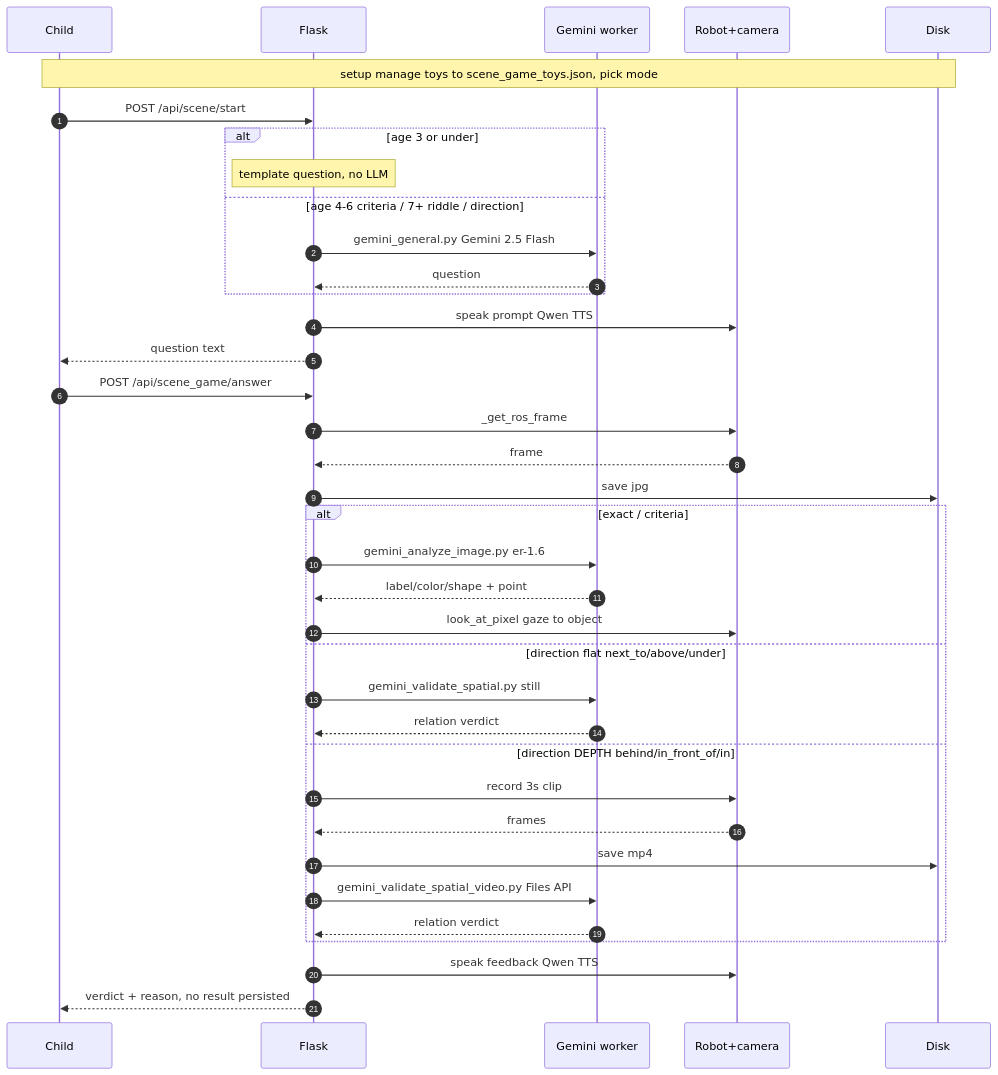
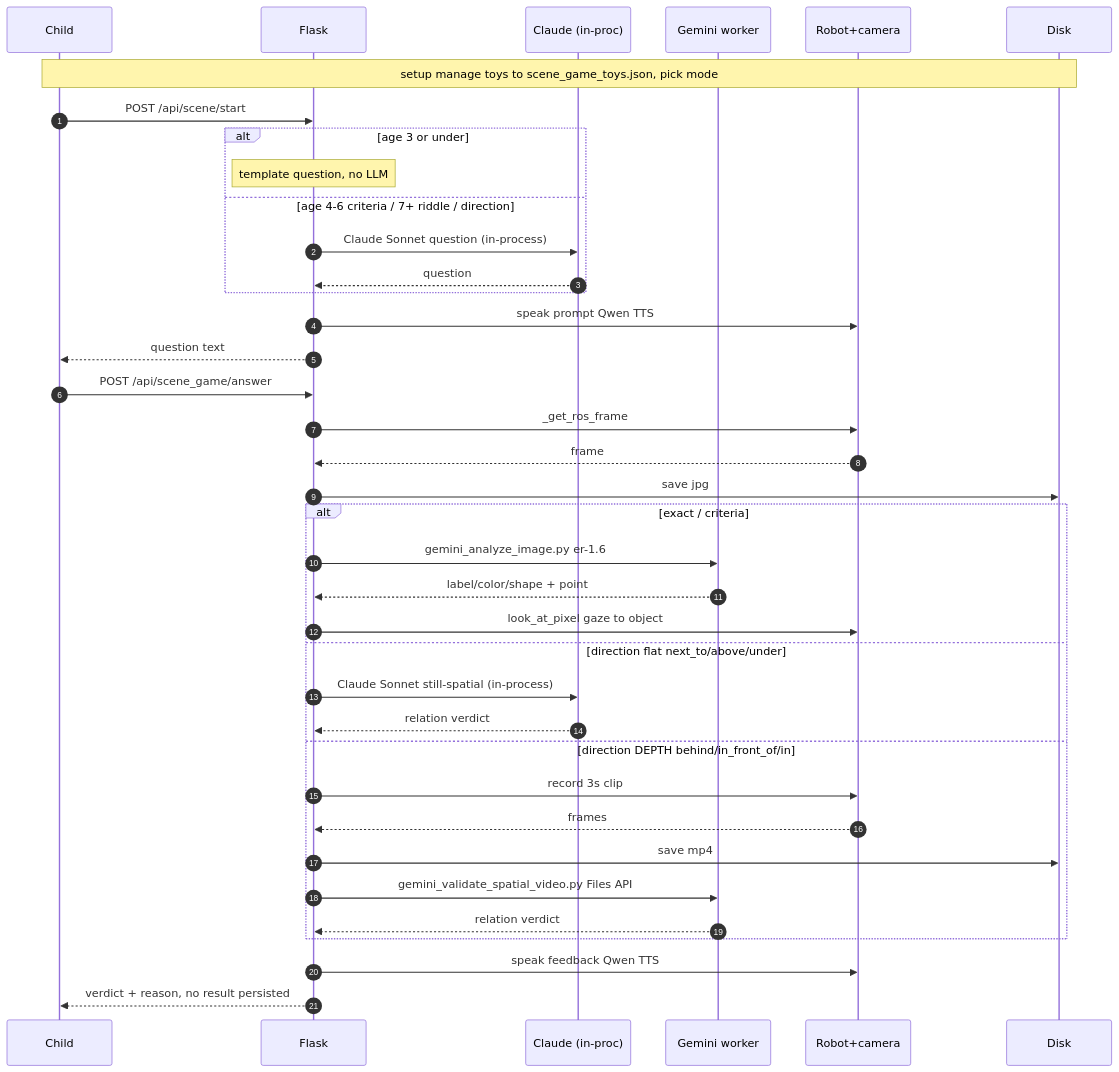
Before and after one commit to soominimini/LLM_integrated_robot_dashboard: the third of 5 diagrams in ARCHITECTURE.md, drawn with Mermaid. The commit also changed other lines of this file and 11 other files, not shown here.

````diff
--- a/ARCHITECTURE.md
+++ b/ARCHITECTURE.md
@@ -643,39 +728,40 @@
 ```mermaid
 sequenceDiagram
     autonumber
     participant C as Child
     participant F as Flask
+    participant CL as Claude (in-proc)
     participant G as Gemini worker
     participant R as Robot+camera
     participant D as Disk
     Note over C,D: setup manage toys to scene_game_toys.json, pick mode
     C->>F: POST /api/scene/start
     alt age 3 or under
         Note over F: template question, no LLM
     else age 4-6 criteria / 7+ riddle / direction
-        F->>G: gemini_general.py Gemini 2.5 Flash
-        G-->>F: question
+        F->>CL: Claude Sonnet question (in-process)
+        CL-->>F: question
     end
     F->>R: speak prompt Qwen TTS
     F-->>C: question text
     C->>F: POST /api/scene_game/answer
     F->>R: _get_ros_frame
     R-->>F: frame
     F->>D: save jpg
     alt exact / criteria
         F->>G: gemini_analyze_image.py er-1.6
         G-->>F: label/color/shape + point
         F->>R: look_at_pixel gaze to object
     else direction flat next_to/above/under
-        F->>G: gemini_validate_spatial.py still
-        G-->>F: relation verdict
+        F->>CL: Claude Sonnet still-spatial (in-process)
+        CL-->>F: relation verdict
     else direction DEPTH behind/in_front_of/in
         F->>R: record 3s clip
         R-->>F: frames
         F->>D: save mp4
         F->>G: gemini_validate_spatial_video.py Files API
         G-->>F: relation verdict
     end
     F->>R: speak feedback Qwen TTS
     F-->>C: verdict + reason, no result persisted
 ```
````
